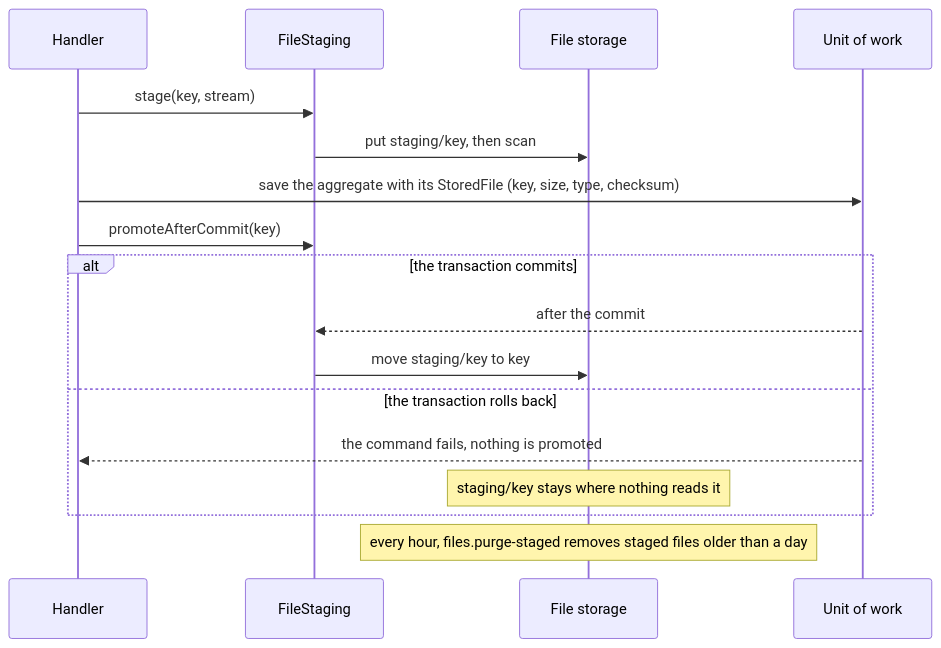
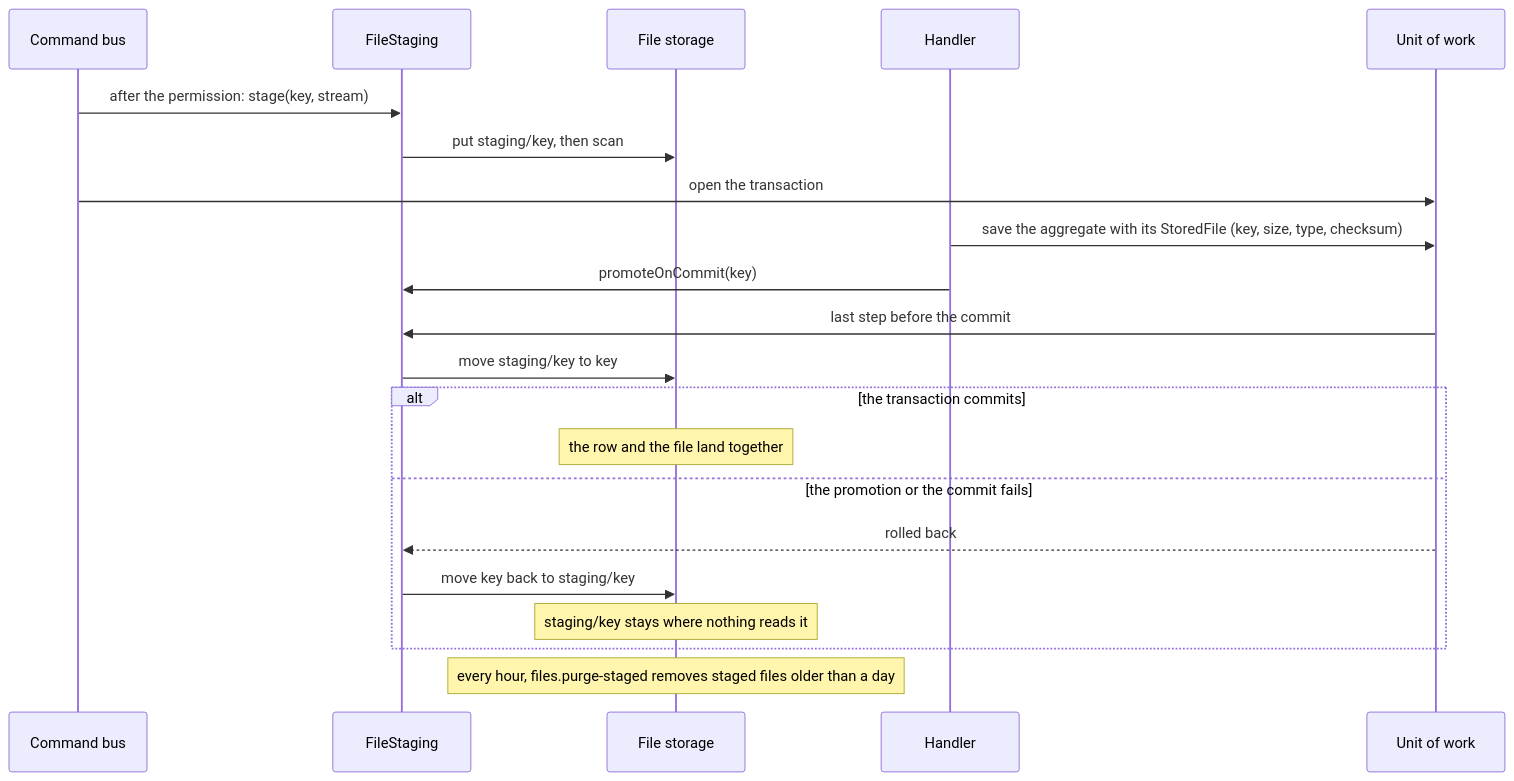
One commit to gbourgeat/ddd-ts-kit changed the diagram in docs/concepts/file-storage.md. Above: the diagram before and after it, drawn with Mermaid. The commit also changed other lines of this file and 73 other files, not shown here.

First line of the commit message:
fix(files): promote a file with its commit, stage uploads before the transaction

````diff
--- a/docs/concepts/file-storage.md
+++ b/docs/concepts/file-storage.md
@@ -84,19 +98,23 @@
 ```mermaid
 sequenceDiagram
-  participant H as Handler
+  participant B as Command bus
   participant S as FileStaging
   participant F as File storage
+  participant H as Handler
   participant U as Unit of work
-  H->>S: stage(key, stream)
+  B->>S: after the permission: stage(key, stream)
   S->>F: put staging/key, then scan
+  B->>U: open the transaction
   H->>U: save the aggregate with its StoredFile (key, size, type, checksum)
-  H->>S: promoteAfterCommit(key)
+  H->>S: promoteOnCommit(key)
+  U->>S: last step before the commit
+  S->>F: move staging/key to key
   alt the transaction commits
-    U-->>S: after the commit
-    S->>F: move staging/key to key
-  else the transaction rolls back
-    U-->>H: the command fails, nothing is promoted
+    Note over F: the row and the file land together
+  else the promotion or the commit fails
+    U-->>S: rolled back
+    S->>F: move key back to staging/key
     Note over F: staging/key stays where nothing reads it
   end
   Note over F: every hour, files.purge-staged removes staged files older than a day
 ```
````
